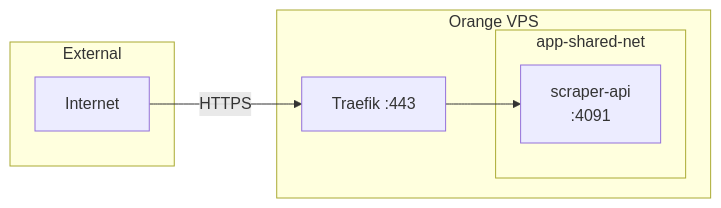
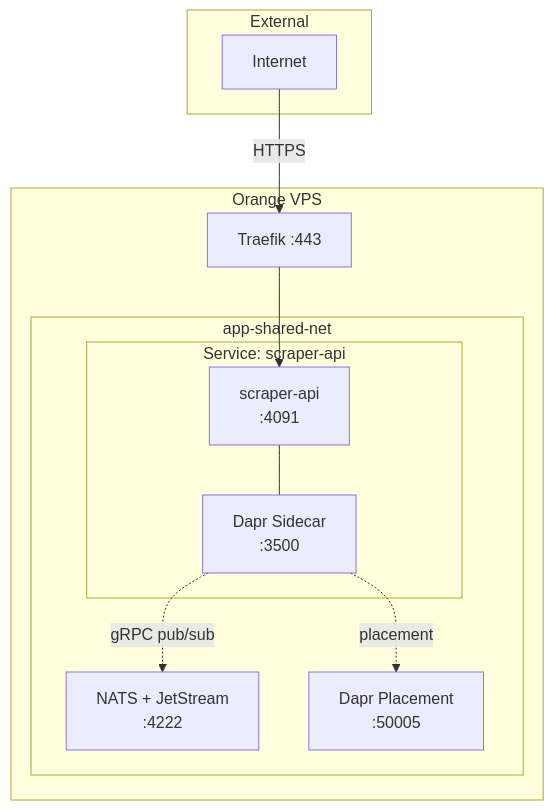
Before and after one commit to asepharyana/asepharyana-hub: the fifth of 5 diagrams in ARCHITECTURE.md, drawn with Mermaid. The commit also changed other lines of this file and 12 other files, not shown here.

First line of the commit message:
feat: add NATS + Dapr infrastructure for event-driven architecture

````diff
--- a/ARCHITECTURE.md
+++ b/ARCHITECTURE.md
@@ -264,17 +272,27 @@
 ```mermaid
-graph LR
+graph TB
     subgraph "External"
         WWW[Internet]
     end
 
     subgraph "Orange VPS"
         TRAEFIK[Traefik :443]
+        
+        subgraph "app-shared-net"
+            NATS[NATS + JetStream<br/>:4222]
+            DAPR_PLACEMENT[Dapr Placement<br/>:50005]
 
-        subgraph "app-shared-net"
-            SCRAPER[scraper-api<br/>:4091]
+            subgraph "Service: scraper-api"
+                SCRAPER[scraper-api<br/>:4091]
+                DAPR_SIDECAR[Dapr Sidecar<br/>:3500]
+                SCRAPER --- DAPR_SIDECAR
+            end
         end
+
+        DAPR_SIDECAR -.->|gRPC pub/sub| NATS
+        DAPR_SIDECAR -.->|placement| DAPR_PLACEMENT
     end
 
     WWW -->|HTTPS| TRAEFIK
     TRAEFIK --> SCRAPER
 ```
````
